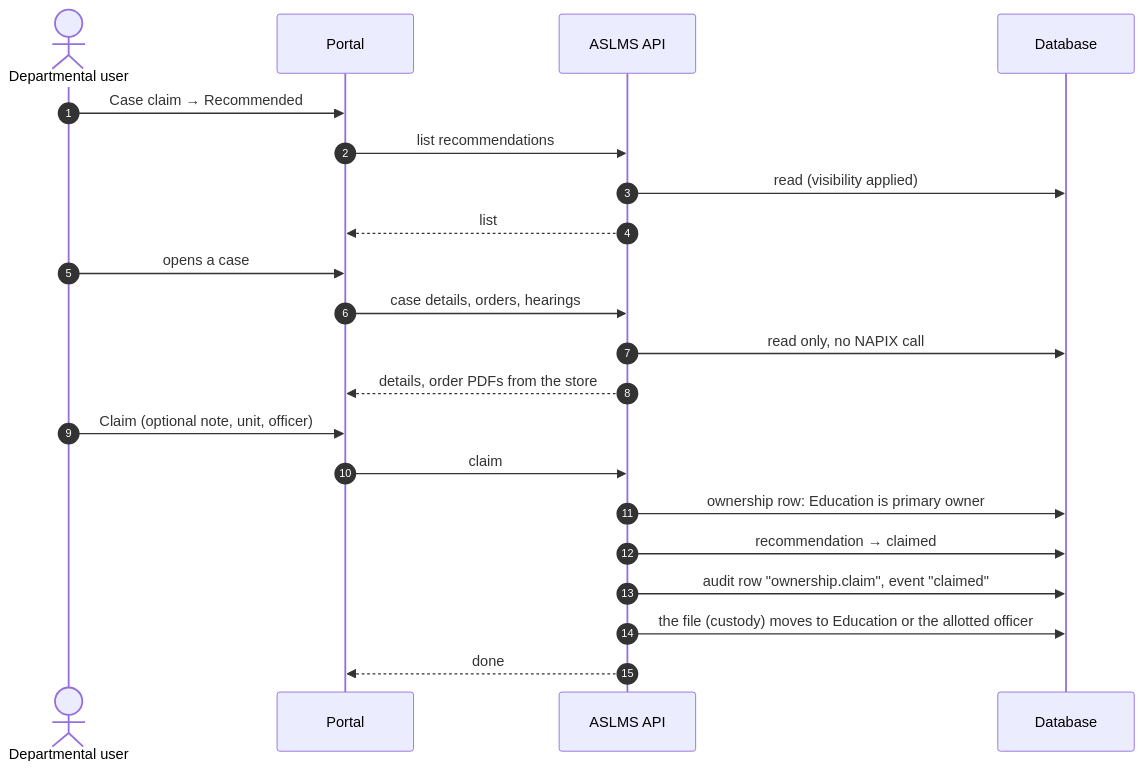
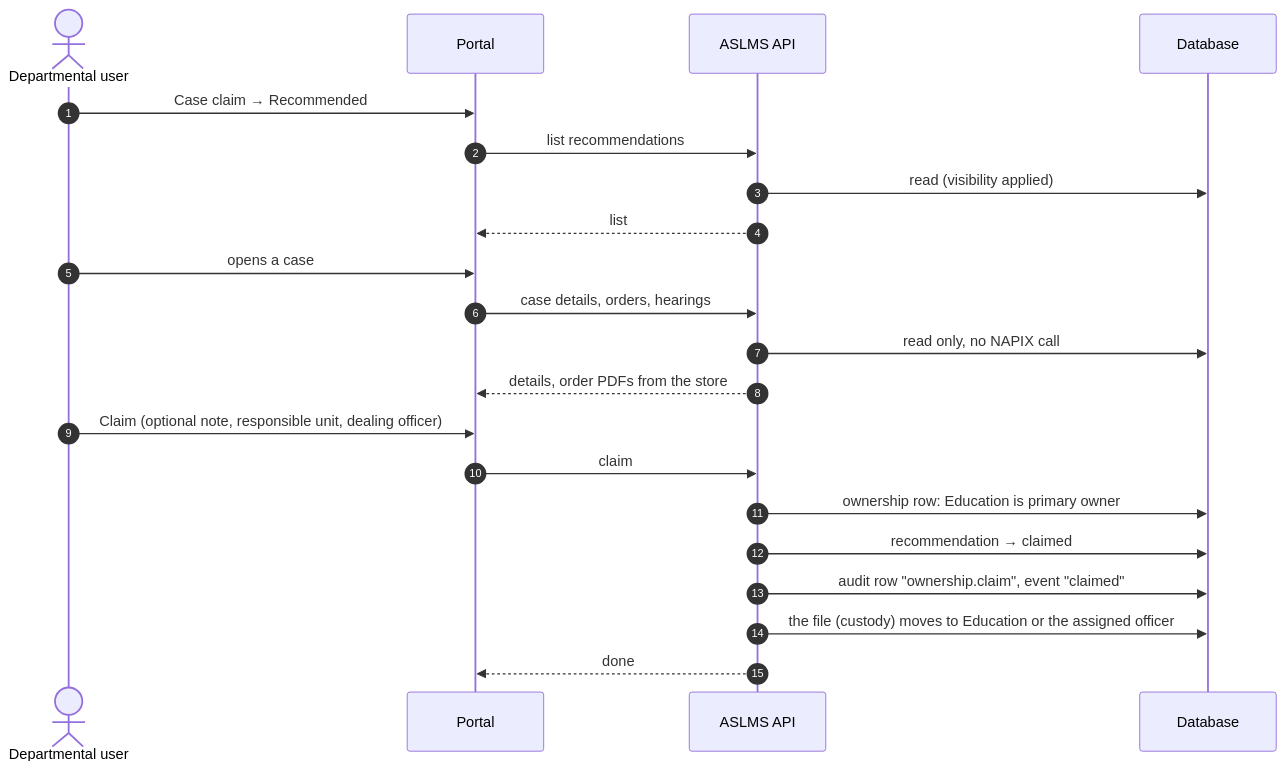
One commit to nayanlhuzuri/ASLMS changed the eighth of 10 diagrams in docs/ASLMS_Process_Workflows.md. Above: the diagram before and after it, drawn with Mermaid. The commit also changed other lines of this file and 10 other files, not shown here.

````diff
--- a/docs/ASLMS_Process_Workflows.md
+++ b/docs/ASLMS_Process_Workflows.md
@@ -524,24 +589,24 @@
 ```mermaid
 sequenceDiagram
     autonumber
     actor O as Departmental user
     participant W as Portal
     participant A as ASLMS API
     participant D as Database
 
     O->>W: Case claim → Recommended
     W->>A: list recommendations
     A->>D: read (visibility applied)
     A-->>W: list
     O->>W: opens a case
     W->>A: case details, orders, hearings
     A->>D: read only, no NAPIX call
     A-->>W: details, order PDFs from the store
-    O->>W: Claim (optional note, unit, officer)
+    O->>W: Claim (optional note, responsible unit, dealing officer)
     W->>A: claim
     A->>D: ownership row: Education is primary owner
     A->>D: recommendation → claimed
     A->>D: audit row "ownership.claim", event "claimed"
-    A->>D: the file (custody) moves to Education or the allotted officer
+    A->>D: the file (custody) moves to Education or the assigned officer
     A-->>W: done
 ```
````
